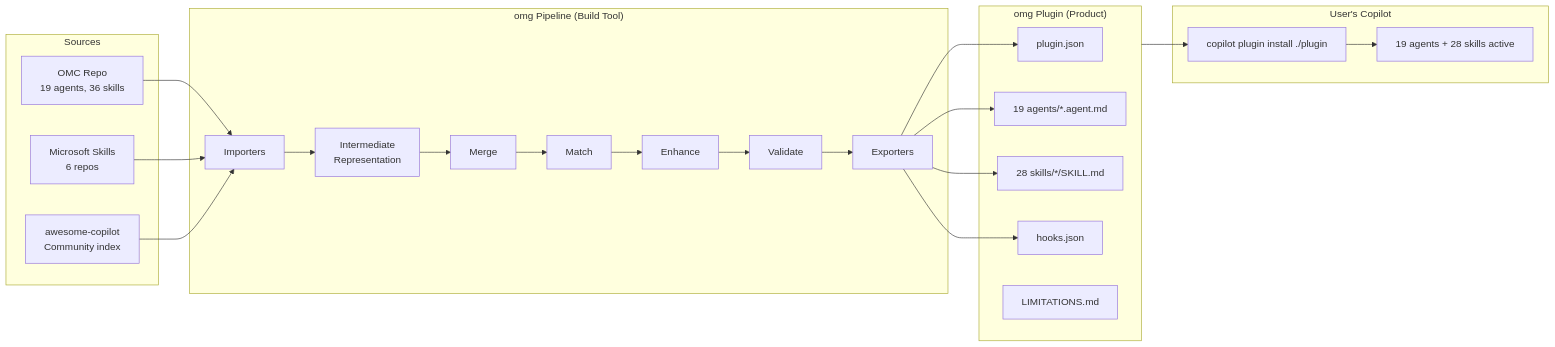
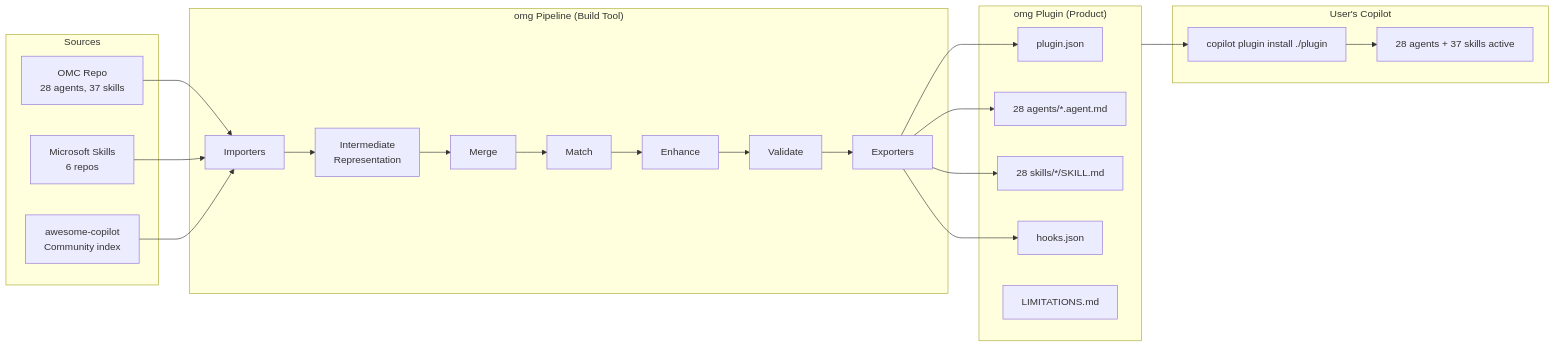
The first of 12 diagrams in ARCHITECTURE.md (TheTrustedAdvisor/omg), drawn with Mermaid before and after one commit. The commit also changed other lines of this file and 3 other files, not shown here.

````diff
--- a/ARCHITECTURE.md
+++ b/ARCHITECTURE.md
@@ -14,40 +14,40 @@
 ```mermaid
 graph LR
     subgraph Sources
-        OMC[OMC Repo<br/>19 agents, 36 skills]
+        OMC[OMC Repo<br/>28 agents, 37 skills]
         MS[Microsoft Skills<br/>6 repos]
         AC[awesome-copilot<br/>Community index]
     end
 
     subgraph Pipeline["omg Pipeline (Build Tool)"]
         IMP[Importers] --> IR[Intermediate<br/>Representation]
         IR --> MER[Merge]
         MER --> MAT[Match]
         MAT --> ENH[Enhance]
         ENH --> VAL[Validate]
         VAL --> EXP[Exporters]
     end
 
     subgraph Output["omg Plugin (Product)"]
         PJ[plugin.json]
-        AG[19 agents/*.agent.md]
+        AG[28 agents/*.agent.md]
         SK[28 skills/*/SKILL.md]
         HK[hooks.json]
         LM[LIMITATIONS.md]
     end
 
     OMC --> IMP
     MS --> IMP
     AC --> IMP
     EXP --> PJ
     EXP --> AG
     EXP --> SK
     EXP --> HK
 
     subgraph User["User's Copilot"]
         INST[copilot plugin install ./plugin]
-        INST --> USE[19 agents + 28 skills active]
+        INST --> USE[28 agents + 37 skills active]
     end
 
     Output --> INST
 ```
````
